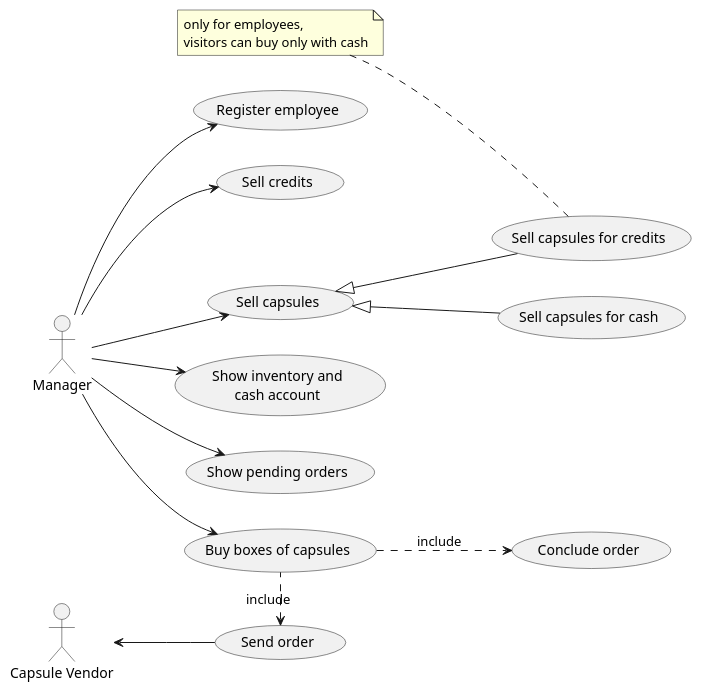
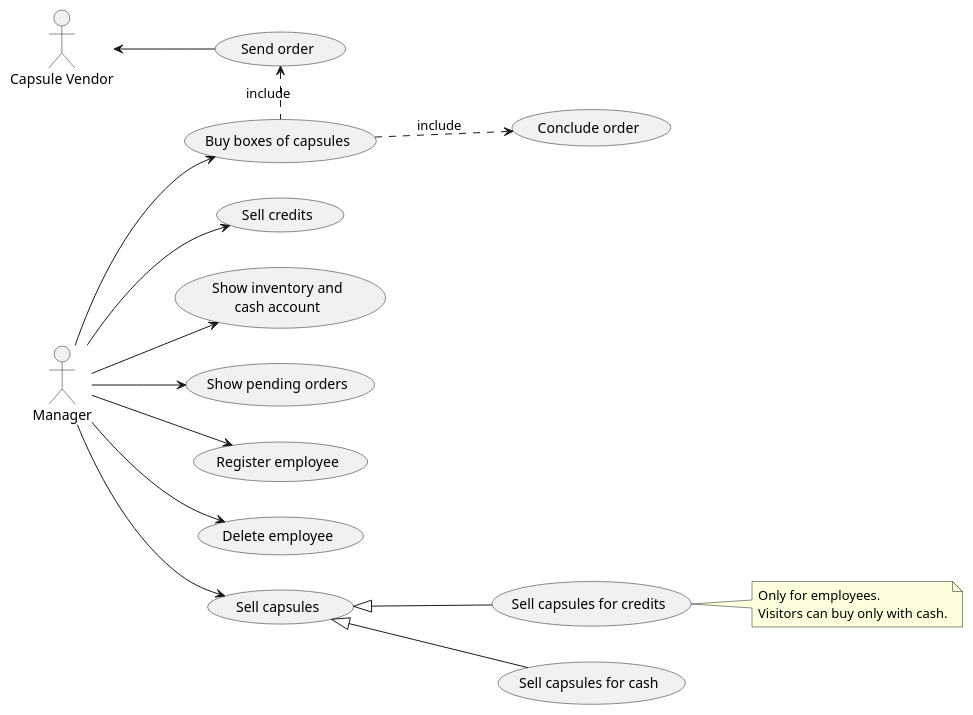
The second of 4 diagrams in requirements.md (eloparco/LaTazza), drawn with PlantUML before and after one commit. The commit also changed other lines of this file, not shown here.

````diff
--- a/requirements.md
+++ b/requirements.md
@@ -146,36 +147,40 @@
 ```plantuml
 left to right direction
 
 :Manager: as m
 :Capsule Vendor: as ccv
 
-(Register employee) as re
+together {
+	(Register employee) as re
+	(Delete employee) as de
+}
 together {
 	(Sell capsules) as sca
 	(Sell capsules for credits) as sca1
 	(Sell capsules for cash) as sca2
 }
 together {
 	(Buy boxes of capsules) as bbc
 	(Send order) as so
 	(Conclude order) as co
 }
 (Sell credits) as scr
 (Show inventory and\ncash account) as sica
 (Show pending orders) as spo
 
 m --> re
+m --> de
 m --> sca
 m --> bbc
 ccv <-- so
 m --> scr
 m --> sica
 m --> spo
 
 sca <|-- sca1
 sca <|-- sca2
 so <. bbc : include
 bbc ..> co : include
 
-note left of sca1 : only for employees,\nvisitors can buy only with cash
+Note right of sca1 : Only for employees.\nVisitors can buy only with cash.
 ```
````
